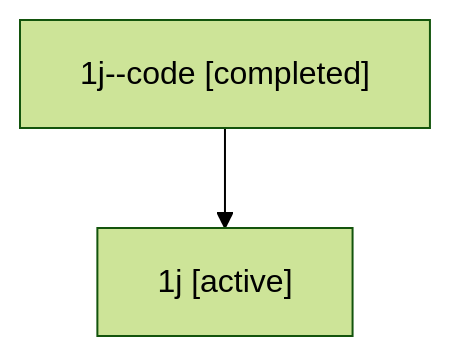
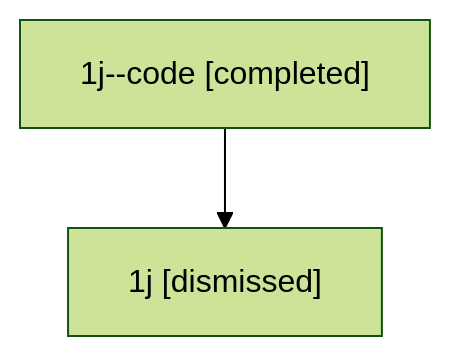
Before and after one commit to sase-org/sase--agents: the diagram in sessions/bbugyi200.athena.1j.md, drawn with Mermaid (forest theme). The commit also changed other lines of this file and 32 other files, not shown here.

````diff
--- a/sessions/bbugyi200.athena.1j.md
+++ b/sessions/bbugyi200.athena.1j.md
@@ -9,6 +9,6 @@
 ```mermaid
 flowchart TD
   n0["1j--code [completed]"]
-  n1["1j [active]"]
+  n1["1j [dismissed]"]
   n0 --> n1
 ```
````
